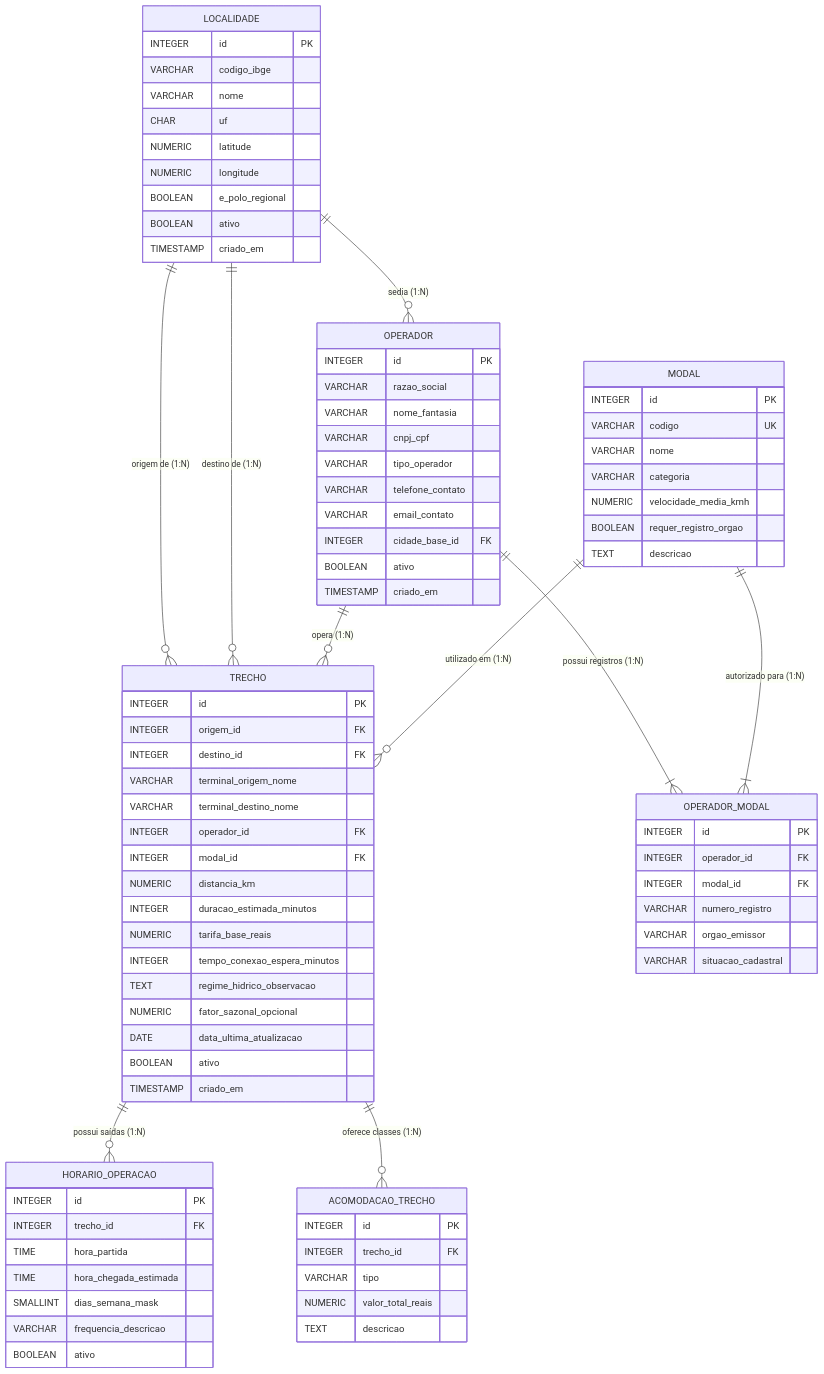
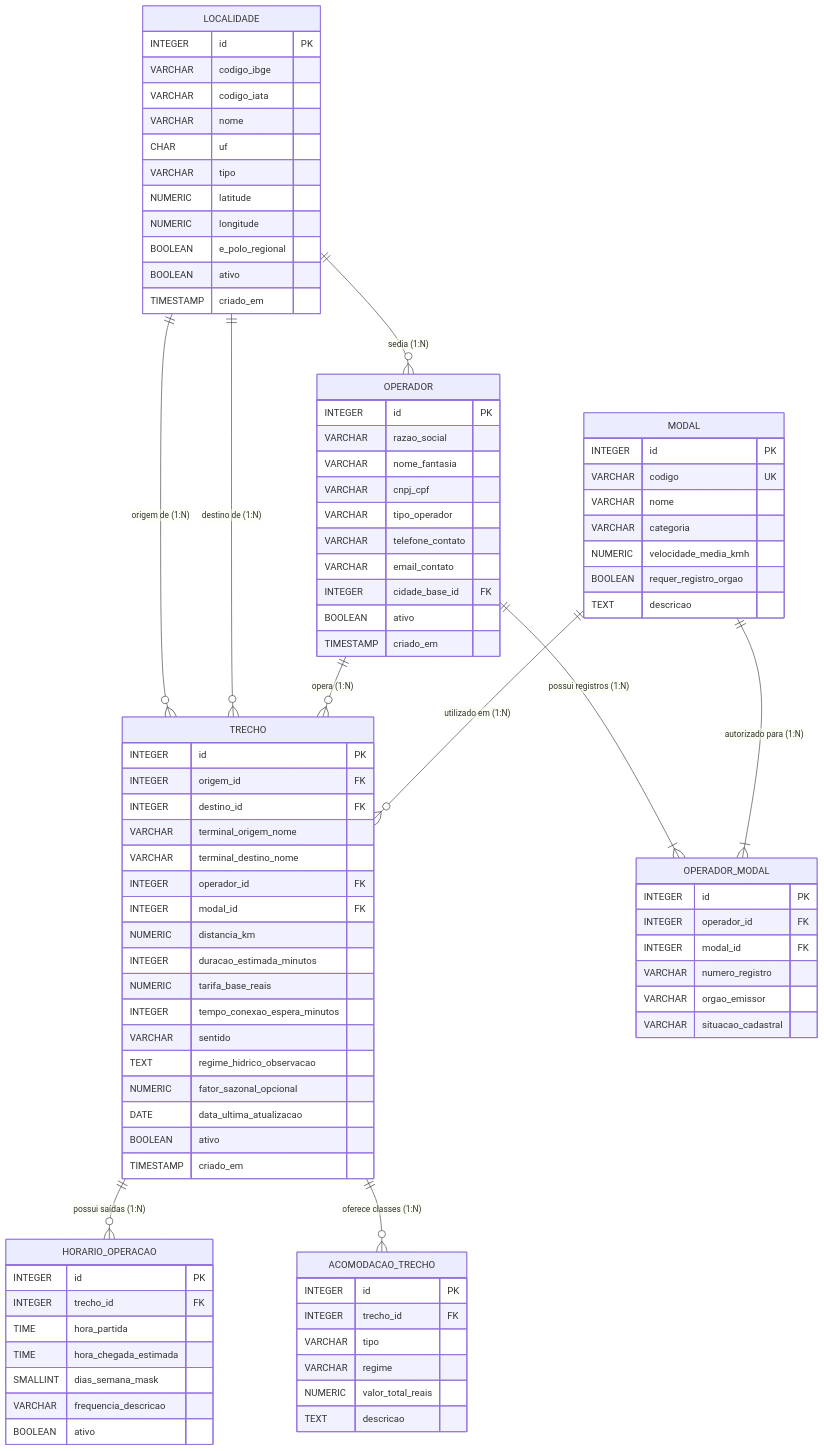
Before and after one commit to CesarRibeiroab/Embarque-Amazonia: the first of 3 diagrams in docs/diagramas_database.md, drawn with Mermaid. The commit also changed other lines of this file and 1 other file, not shown here.

Commit message:
docs(db): sync ERD and graph diagrams, add read-only mostrar_dados script

```diff
--- a/docs/diagramas_database.md
+++ b/docs/diagramas_database.md
@@ -25,8 +25,10 @@
     LOCALIDADE {
         INTEGER id PK
         VARCHAR codigo_ibge
+        VARCHAR codigo_iata
         VARCHAR nome
         CHAR uf
+        VARCHAR tipo
         NUMERIC latitude
         NUMERIC longitude
         BOOLEAN e_polo_regional
@@ -78,6 +80,7 @@
         INTEGER duracao_estimada_minutos
         NUMERIC tarifa_base_reais
         INTEGER tempo_conexao_espera_minutos
+        VARCHAR sentido
         TEXT regime_hidrico_observacao
         NUMERIC fator_sazonal_opcional
         DATE data_ultima_atualizacao
@@ -99,6 +102,7 @@
         INTEGER id PK
         INTEGER trecho_id FK
         VARCHAR tipo
+        VARCHAR regime
         NUMERIC valor_total_reais
         TEXT descricao
     }
```
